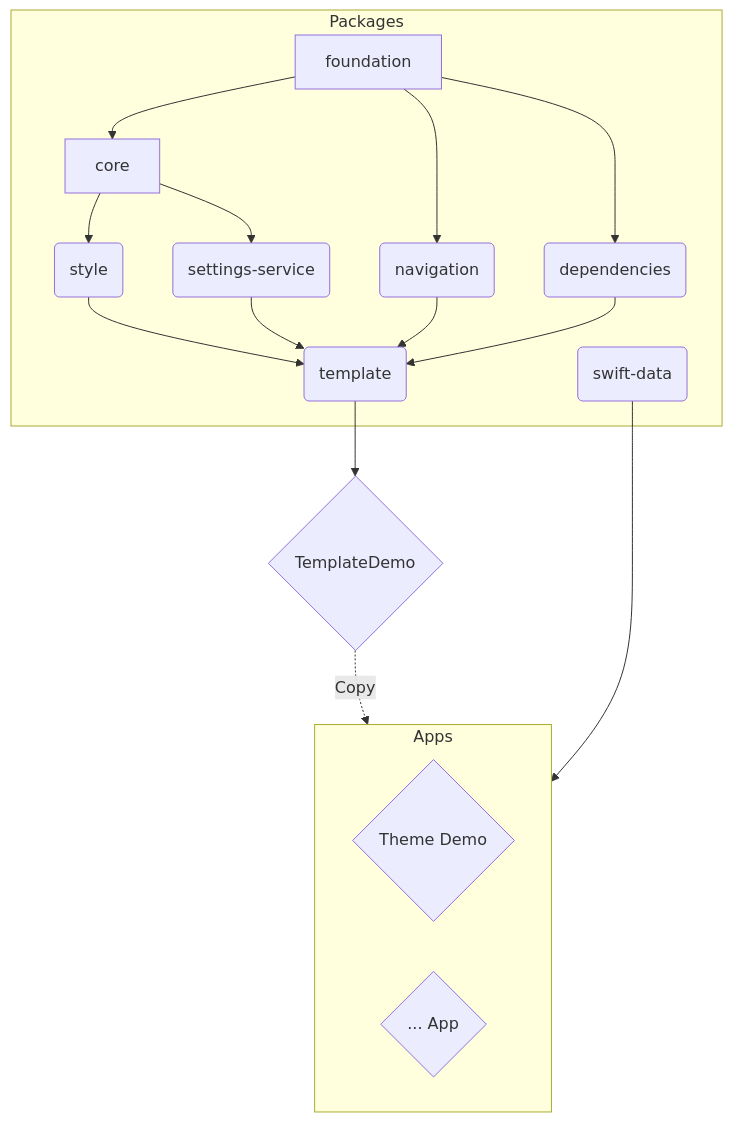
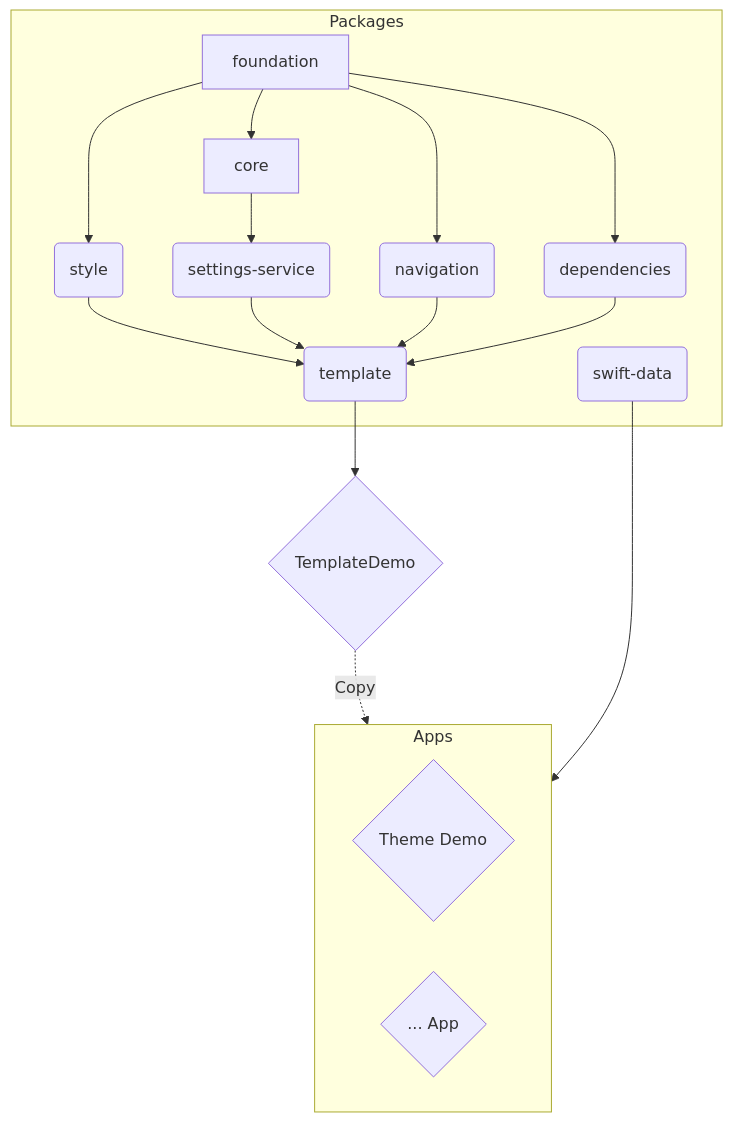
One commit to simonnickel/snap changed the diagram in README.md. Above: the diagram before and after it, drawn with Mermaid.

Commit message:
Update package graph

````diff
--- a/README.md
+++ b/README.md
@@ -26,38 +26,38 @@
 ```mermaid
 flowchart TD
 
     subgraph Packages
     C1[foundation]
     C2[core]
     M2(style)
     M3(settings-service)
     M4(navigation)
     M5(dependencies)
     M6(swift-data)
     M1(template)
     end
     
     A1{TemplateDemo}
 
     subgraph Apps
     A2{Theme Demo}
     A3{... App}
     end
 
     C1 --> C2
+    C1 --> M2
     C1 --> M4
     C1 --> M5
 
-    C2 --> M2
     C2 --> M3
 
     M2 --> M1
     M3 --> M1
     M4 --> M1
     M5 --> M1
 
     M1 --> A1
 
     A1 -.->|Copy| Apps
     M6 --> Apps
 ```
````
